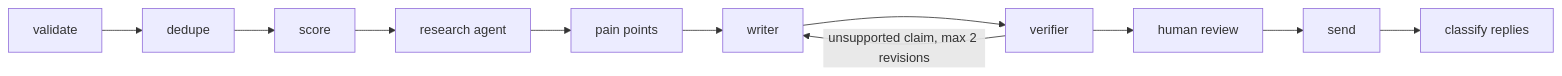
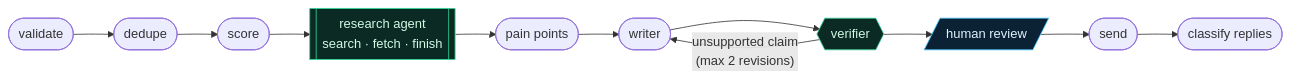
Before and after one commit to moizkaseer/cold-outreach-agent: the diagram in README.md, drawn with Mermaid. The commit also changed other lines of this file and 6 other files, not shown here.

````diff
--- a/README.md
+++ b/README.md
@@ -51,7 +60,13 @@
 ```mermaid
 flowchart LR
-    A[validate] --> B[dedupe] --> C[score] --> D[research agent]
-    D --> E[pain points] --> F[writer] --> G[verifier]
-    G -- unsupported claim, max 2 revisions --> F
-    G --> H[human review] --> I[send] --> J[classify replies]
+    A([validate]) --> B([dedupe]) --> C([score])
+    C --> D[["research agent<br/>search · fetch · finish"]]
+    D --> E([pain points]) --> F([writer]) --> G{{verifier}}
+    G -- "unsupported claim<br/>(max 2 revisions)" --> F
+    G --> H[/human review/] --> I([send]) --> J([classify replies])
+
+    classDef agent fill:#0c2a24,stroke:#34d399,color:#d1fae5;
+    classDef human fill:#0a2233,stroke:#38bdf8,color:#e0f2fe;
+    class D,G agent;
+    class H human;
 ```
````
